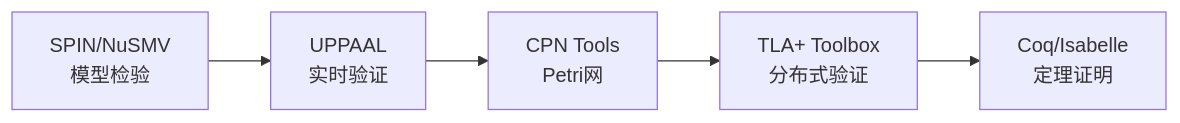
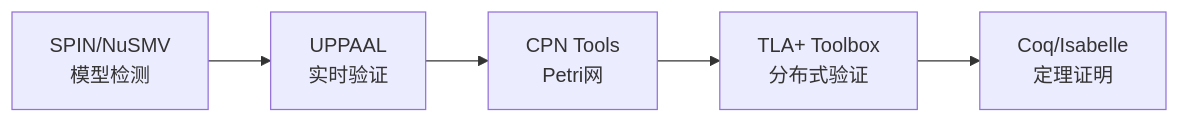
One commit to AdaMartin18010/AnalysisDataFlow changed the diagram in formal-methods/LEARNING-PATHS.md. Above: the diagram before and after it, drawn with Mermaid. The commit also changed other lines of this file and 129 other files, not shown here.

````diff
--- a/formal-methods/LEARNING-PATHS.md
+++ b/formal-methods/LEARNING-PATHS.md
@@ -89,7 +89,7 @@
 ```mermaid
 graph LR
-    A[SPIN/NuSMV<br>模型检验] --> B[UPPAAL<br>实时验证]
+    A[SPIN/NuSMV<br>模型检测] --> B[UPPAAL<br>实时验证]
     B --> C[CPN Tools<br>Petri网]
     C --> D[TLA+ Toolbox<br>分布式验证]
     D --> E[Coq/Isabelle<br>定理证明]
 ```
````
